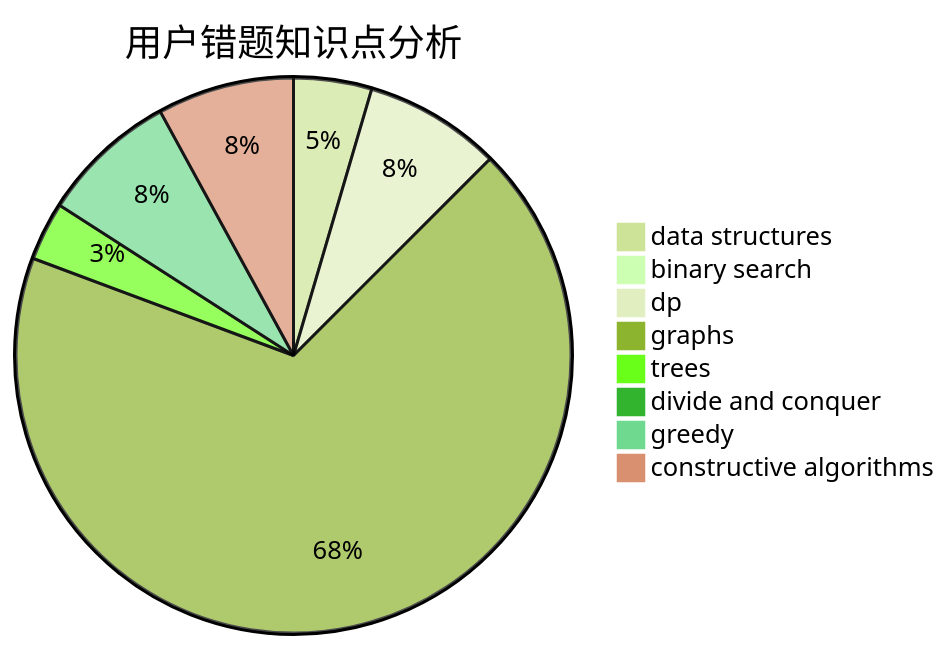
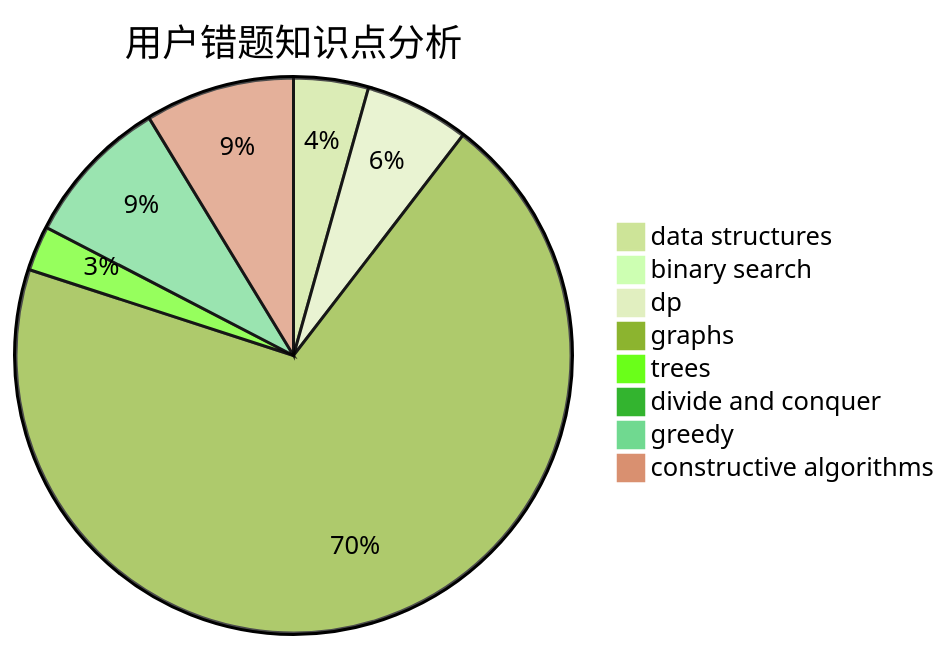
One commit to sherpahu/cfrs.github.io changed the third of 3 diagrams in docs/user/u478.md. Above: the diagram before and after it, drawn with Mermaid (forest theme). The commit also changed other lines of this file and 2770 other files, not shown here.

````diff
--- a/docs/user/u478.md
+++ b/docs/user/u478.md
@@ -36,11 +36,11 @@
 ```mermaid
 pie title 用户错题知识点分析
-    "data structures" :  4
+    "data structures" :  5
     "binary search" :  0
     "dp" :  7
-    "graphs" :  60
+    "graphs" :  80
     "trees" :  3
     "divide and conquer" :  0
-    "greedy" :  7
-    "constructive algorithms" :  7
+    "greedy" :  10
+    "constructive algorithms" :  10
 ```
````
